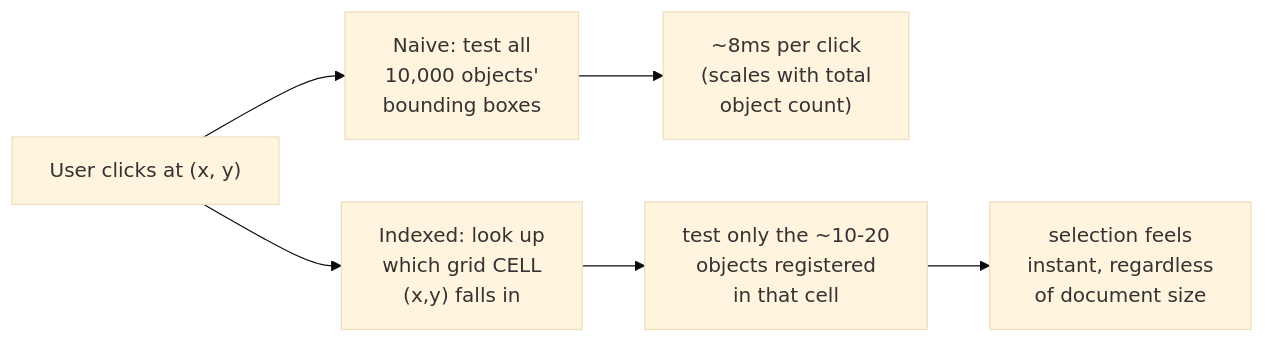
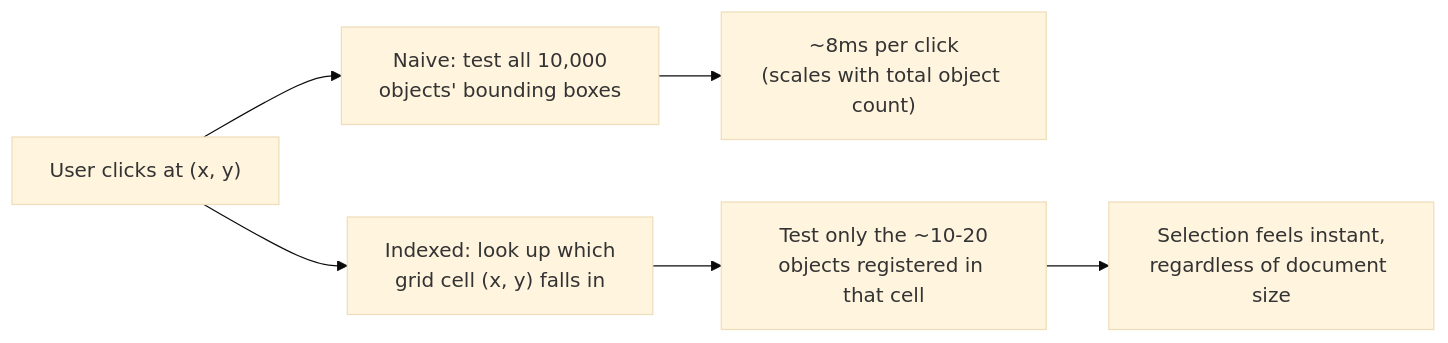
The seventh of 14 diagrams in system-design/HLD/0-course/55-Design-a-Real-Time-Collaborative-Canvas-Figma-FAANG-Guide-story.md (riyaz-pasha/Learnings), drawn with Mermaid (base theme) before and after one commit. The commit also changed other lines of this file and 1 other file, not shown here.

Commit message:
[REWRITE] Real-Time Collaborative Canvas Figma story guide: simplify prose, add structure, fix diagrams

````diff
--- a/system-design/HLD/0-course/55-Design-a-Real-Time-Collaborative-Canvas-Figma-FAANG-Guide-story.md
+++ b/system-design/HLD/0-course/55-Design-a-Real-Time-Collaborative-Canvas-Figma-FAANG-Guide-story.md
@@ -170,8 +371,8 @@
 ```mermaid
 flowchart LR
-    Click["User clicks at (x, y)"] --> Naive["Naive: test all\n10,000 objects'\nbounding boxes"]
-    Click --> Indexed["Indexed: look up\nwhich grid CELL\n(x,y) falls in"]
-    Naive --> Slow["~8ms per click\n(scales with total\nobject count)"]
-    Indexed --> Fast["test only the ~10-20\nobjects registered\nin that cell"]
-    Fast --> QuickSel["selection feels\ninstant, regardless\nof document size"]
+    Click["User clicks at (x, y)"] --> Naive["Naive: test all 10,000<br/>objects' bounding boxes"]
+    Click --> Indexed["Indexed: look up which<br/>grid cell (x, y) falls in"]
+    Naive --> Slow["~8ms per click<br/>(scales with total object count)"]
+    Indexed --> Fast["Test only the ~10-20<br/>objects registered in that cell"]
+    Fast --> QuickSel["Selection feels instant,<br/>regardless of document size"]
 ```
````
